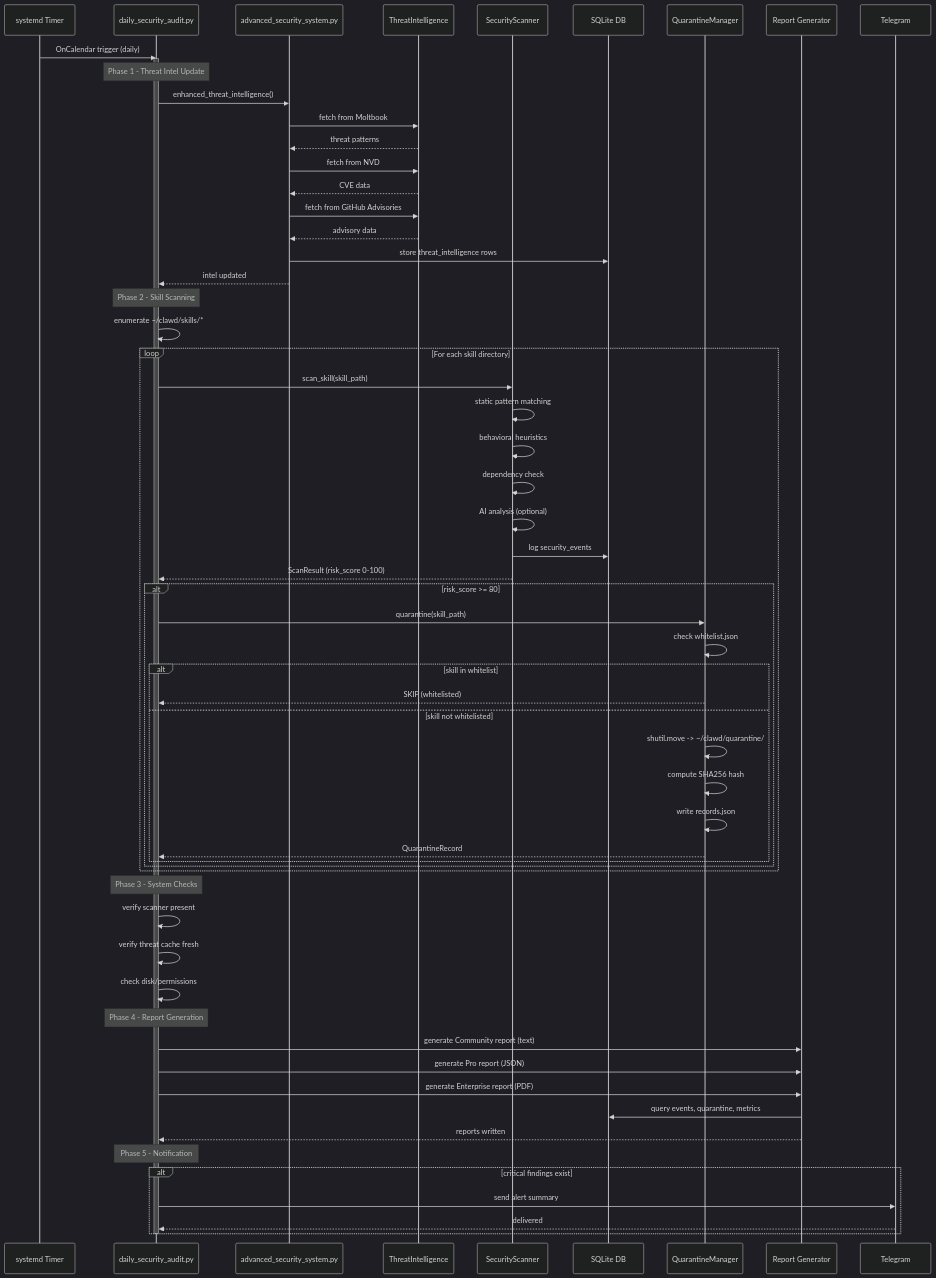
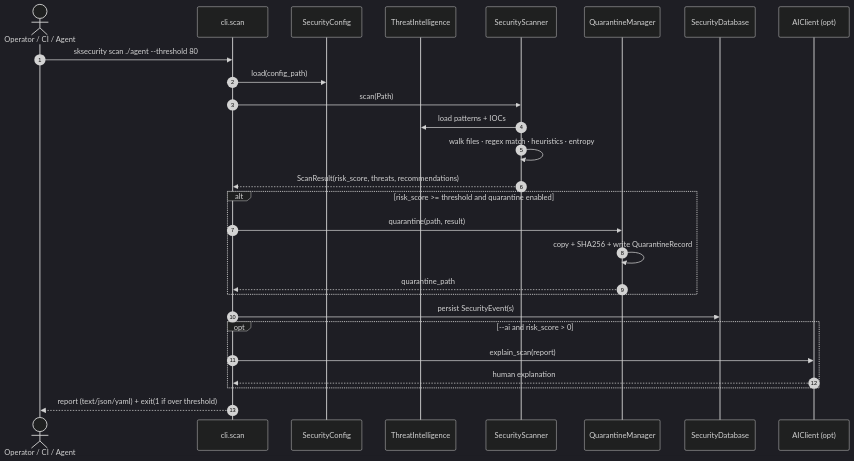
Before and after one commit to smilinTux/sksecurity: the second of 8 diagrams in docs/ARCHITECTURE.md, drawn with Mermaid (dark theme). The commit also changed other lines of this file and 1 other file, not shown here.

First line of the commit message:
docs: align README + ARCHITECTURE to SKStack-v2 template

````diff
--- a/docs/ARCHITECTURE.md
+++ b/docs/ARCHITECTURE.md
@@ -91,70 +113,30 @@
 ```mermaid
 sequenceDiagram
-    participant Timer as systemd Timer
-    participant Cron as daily_security_audit.py
-    participant ASS as advanced_security_system.py
-    participant Intel as ThreatIntelligence
-    participant Scanner as SecurityScanner
-    participant DB as SQLite DB
-    participant QM as QuarantineManager
-    participant Report as Report Generator
-    participant TG as Telegram
+    autonumber
+    actor User as Operator / CI / Agent
+    participant CLI as cli.scan
+    participant CFG as SecurityConfig
+    participant INTEL as ThreatIntelligence
+    participant SCAN as SecurityScanner
+    participant QUAR as QuarantineManager
+    participant DB as SecurityDatabase
+    participant AI as AIClient (opt)
 
-    Timer->>Cron: OnCalendar trigger (daily)
-    activate Cron
-
-    Note over Cron: Phase 1 - Threat Intel Update
-    Cron->>ASS: enhanced_threat_intelligence()
-    ASS->>Intel: fetch from Moltbook
-    Intel-->>ASS: threat patterns
-    ASS->>Intel: fetch from NVD
-    Intel-->>ASS: CVE data
-    ASS->>Intel: fetch from GitHub Advisories
-    Intel-->>ASS: advisory data
-    ASS->>DB: store threat_intelligence rows
-    ASS-->>Cron: intel updated
-
-    Note over Cron: Phase 2 - Skill Scanning
-    Cron->>Cron: enumerate ~/clawd/skills/*
-    loop For each skill directory
-        Cron->>Scanner: scan_skill(skill_path)
-        Scanner->>Scanner: static pattern matching
-        Scanner->>Scanner: behavioral heuristics
-        Scanner->>Scanner: dependency check
-        Scanner->>Scanner: AI analysis (optional)
-        Scanner->>DB: log security_events
-        Scanner-->>Cron: ScanResult (risk_score 0-100)
-        alt risk_score >= 80
-            Cron->>QM: quarantine(skill_path)
-            QM->>QM: check whitelist.json
-            alt skill in whitelist
-                QM-->>Cron: SKIP (whitelisted)
-            else skill not whitelisted
-                QM->>QM: shutil.move -> ~/clawd/quarantine/
-                QM->>QM: compute SHA256 hash
-                QM->>QM: write records.json
-                QM-->>Cron: QuarantineRecord
-            end
-        end
+    User->>CLI: sksecurity scan ./agent --threshold 80
+    CLI->>CFG: load(config_path)
+    CLI->>SCAN: scan(Path)
+    SCAN->>INTEL: load patterns + IOCs
+    SCAN->>SCAN: walk files · regex match · heuristics · entropy
+    SCAN-->>CLI: ScanResult(risk_score, threats, recommendations)
+    alt risk_score >= threshold and quarantine enabled
+        CLI->>QUAR: quarantine(path, result)
+        QUAR->>QUAR: copy + SHA256 + write QuarantineRecord
+        QUAR-->>CLI: quarantine_path
     end
-
-    Note over Cron: Phase 3 - System Checks
-    Cron->>Cron: verify scanner present
-    Cron->>Cron: verify threat cache fresh
-    Cron->>Cron: check disk/permissions
-
-    Note over Cron: Phase 4 - Report Generation
-    Cron->>Report: generate Community report (text)
-    Cron->>Report: generate Pro report (JSON)
-    Cron->>Report: generate Enterprise report (PDF)
-    Report->>DB: query events, quarantine, metrics
-    Report-->>Cron: reports written
-
-    Note over Cron: Phase 5 - Notification
-    alt critical findings exist
-        Cron->>TG: send alert summary
-        TG-->>Cron: delivered
+    CLI->>DB: persist SecurityEvent(s)
+    opt --ai and risk_score > 0
+        CLI->>AI: explain_scan(report)
+        AI-->>CLI: human explanation
     end
-
-    deactivate Cron
+    CLI-->>User: report (text/json/yaml) + exit(1 if over threshold)
 ```
````
